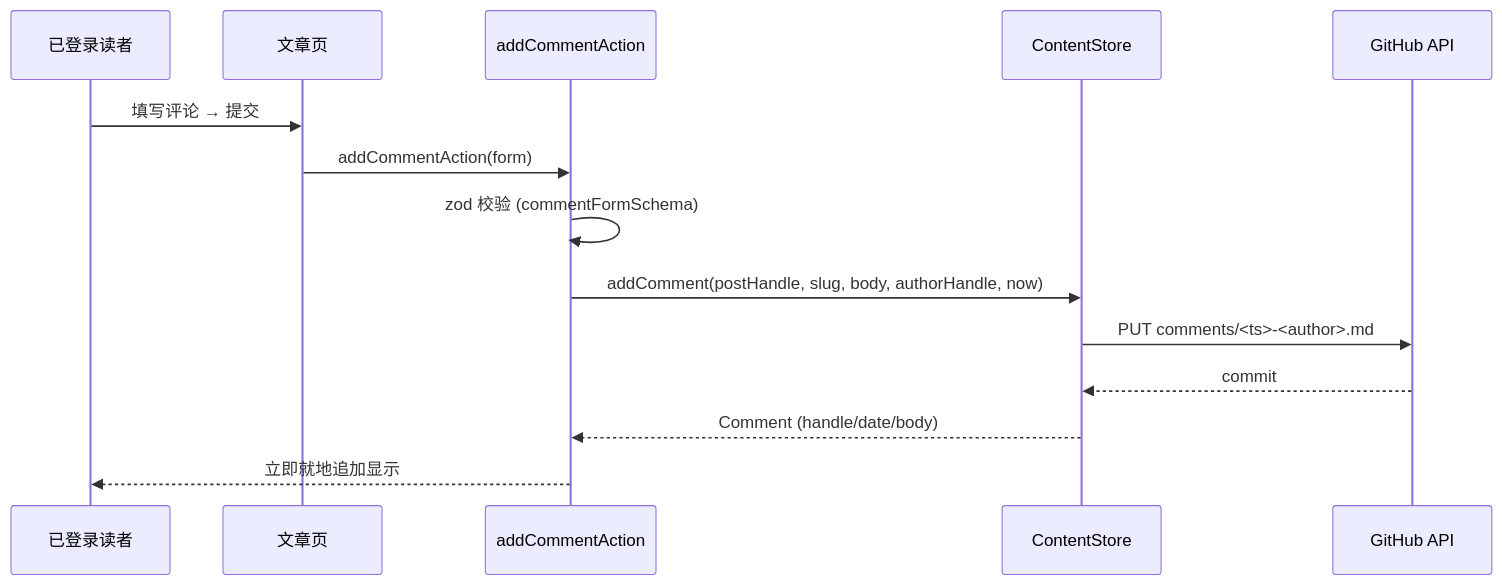
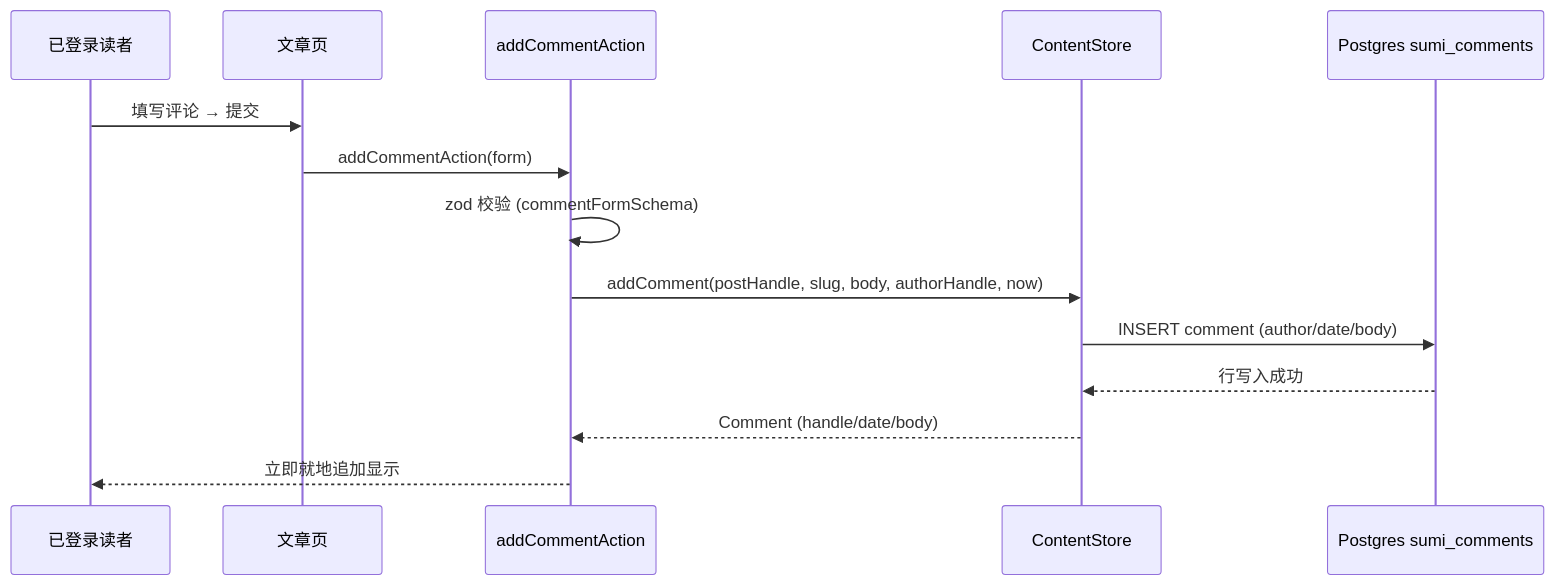
One commit to fuyucn/sumi changed the eighth of 11 diagrams in docs/ARCHITECTURE.md. Above: the diagram before and after it, drawn with Mermaid. The commit also changed other lines of this file and 9 other files, not shown here.

First line of the commit message:
docs: align storage docs with Postgres-first (no GitHub repo needed)

````diff
--- a/docs/ARCHITECTURE.md
+++ b/docs/ARCHITECTURE.md
@@ -305,17 +315,17 @@
 ```mermaid
 sequenceDiagram
     participant R as 已登录读者
     participant P as 文章页
     participant A as addCommentAction
     participant CS as ContentStore
-    participant G as GitHub API
+    participant S as Postgres sumi_comments
 
     R->>P: 填写评论 → 提交
     P->>A: addCommentAction(form)
     A->>A: zod 校验 (commentFormSchema)
     A->>CS: addComment(postHandle, slug, body, authorHandle, now)
-    CS->>G: PUT comments/<ts>-<author>.md
-    G-->>CS: commit
+    CS->>S: INSERT comment (author/date/body)
+    S-->>CS: 行写入成功
     CS-->>A: Comment (handle/date/body)
     A-->>R: 立即就地追加显示
 ```
````
